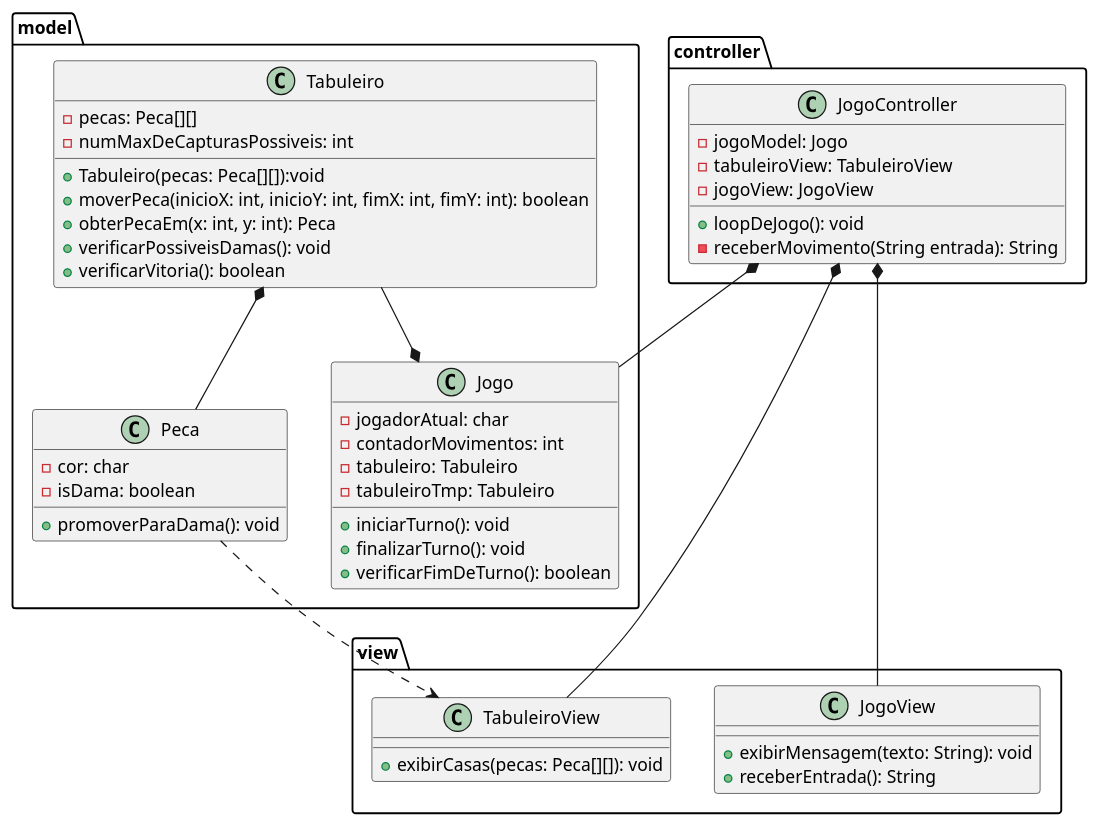
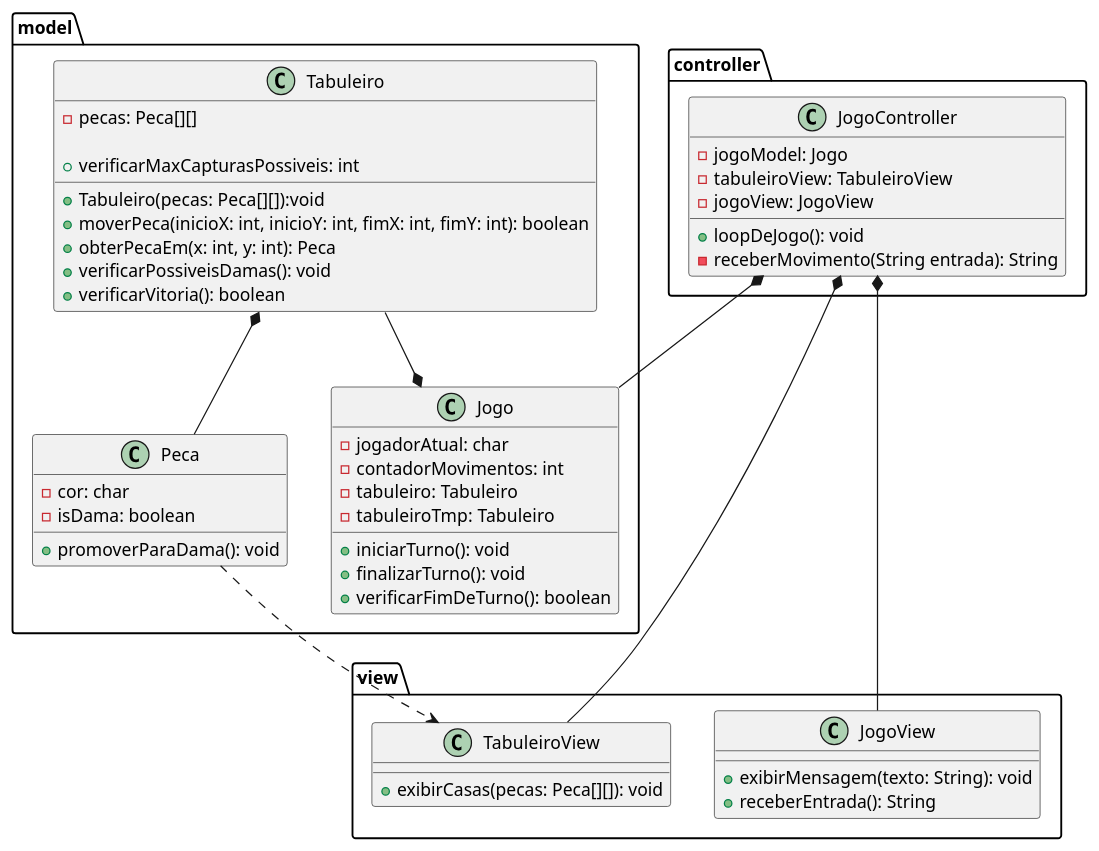
The diagram in docs/diagrams/src/classes.puml (carlos-e-araujo/jogo-de-damas), drawn with PlantUML before and after one commit. The commit also changed 8 other files, not shown here.

```diff
--- a/docs/diagrams/src/classes.puml
+++ b/docs/diagrams/src/classes.puml
@@ -1,63 +1,63 @@
 @startuml Classes
 
 package model {
     class Tabuleiro {
         -pecas: Peca[][]
-        -numMaxDeCapturasPossiveis: int
 
         +Tabuleiro(pecas: Peca[][]):void
         +moverPeca(inicioX: int, inicioY: int, fimX: int, fimY: int): boolean
         +obterPecaEm(x: int, y: int): Peca
         +verificarPossiveisDamas(): void
         +verificarVitoria(): boolean
+        +verificarMaxCapturasPossiveis: int
     }
 
     class Peca {
         -cor: char
         -isDama: boolean
 
         +promoverParaDama(): void
     }
 
     class Jogo {
         -jogadorAtual: char
         -contadorMovimentos: int
         -tabuleiro: Tabuleiro
         -tabuleiroTmp: Tabuleiro
 
         +iniciarTurno(): void
         +finalizarTurno(): void
         +verificarFimDeTurno(): boolean
     }
 }
 
 package view {
     class TabuleiroView {
         +exibirCasas(pecas: Peca[][]): void
     }
 
     class JogoView {
         +exibirMensagem(texto: String): void
         +receberEntrada(): String
     }
 }
 
 package controller {
     class JogoController {
         -jogoModel: Jogo
         -tabuleiroView: TabuleiroView
         -jogoView: JogoView
 
         +loopDeJogo(): void
         -receberMovimento(String entrada): String
     }
 }
 
 Tabuleiro *-- Peca
 Tabuleiro --* Jogo
 Peca ..> TabuleiroView
 JogoController *-- TabuleiroView
 JogoController *-- JogoView
 JogoController *-- Jogo
 
 @enduml
```
